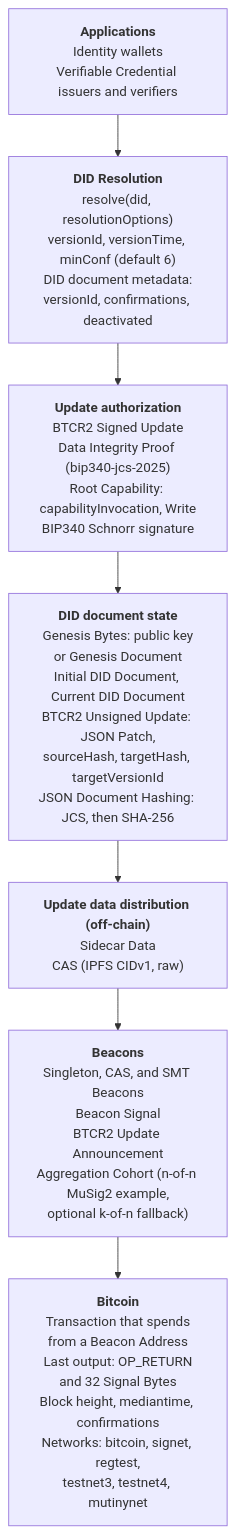
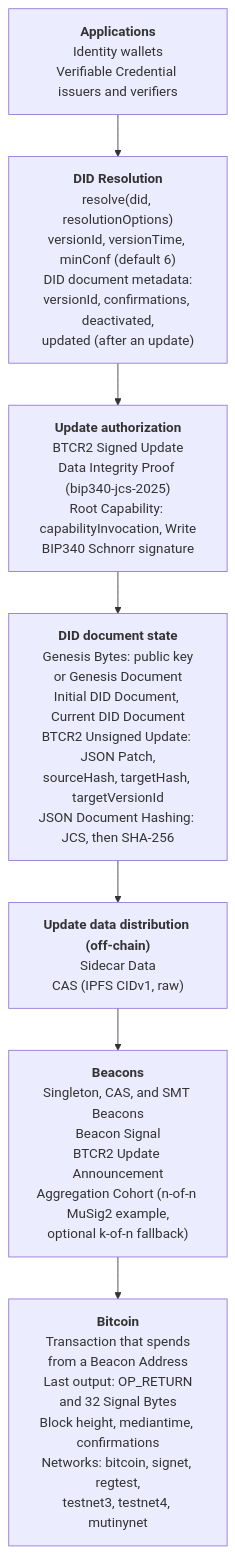
Before and after one commit to dcdpr/website-btcr2-dev: the second of 3 diagrams in src/content/docs/diagrams/index.md, drawn with Mermaid. The commit also changed 4 other files, not shown here.

First line of the commit message:
docs(diagrams): follow the spec changes to update and resolve

````diff
--- a/src/content/docs/diagrams/index.md
+++ b/src/content/docs/diagrams/index.md
@@ -71,12 +71,12 @@
 ```mermaid
 flowchart TB
   L7["<b>Applications</b><br/>Identity wallets<br/>Verifiable Credential issuers and verifiers"]
-  L6["<b>DID Resolution</b><br/>resolve(did, resolutionOptions)<br/>versionId, versionTime, minConf (default 6)<br/>DID document metadata:<br/>versionId, confirmations, deactivated"]
+  L6["<b>DID Resolution</b><br/>resolve(did, resolutionOptions)<br/>versionId, versionTime, minConf (default 6)<br/>DID document metadata:<br/>versionId, confirmations, deactivated,<br/>updated (after an update)"]
   L5["<b>Update authorization</b><br/>BTCR2 Signed Update<br/>Data Integrity Proof (bip340-jcs-2025)<br/>Root Capability: capabilityInvocation, Write<br/>BIP340 Schnorr signature"]
   L4["<b>DID document state</b><br/>Genesis Bytes: public key<br/>or Genesis Document<br/>Initial DID Document, Current DID Document<br/>BTCR2 Unsigned Update: JSON Patch,<br/>sourceHash, targetHash, targetVersionId<br/>JSON Document Hashing: JCS, then SHA-256"]
   L3["<b>Update data distribution (off-chain)</b><br/>Sidecar Data<br/>CAS (IPFS CIDv1, raw)"]
   L2["<b>Beacons</b><br/>Singleton, CAS, and SMT Beacons<br/>Beacon Signal<br/>BTCR2 Update Announcement<br/>Aggregation Cohort (n-of-n MuSig2 example,<br/>optional k-of-n fallback)"]
   L1["<b>Bitcoin</b><br/>Transaction that spends<br/>from a Beacon Address<br/>Last output: OP_RETURN<br/>and 32 Signal Bytes<br/>Block height, mediantime, confirmations<br/>Networks: bitcoin, signet, regtest,<br/>testnet3, testnet4, mutinynet"]
 
   L7 --> L6 --> L5 --> L4 --> L3 --> L2 --> L1
 ```
````
